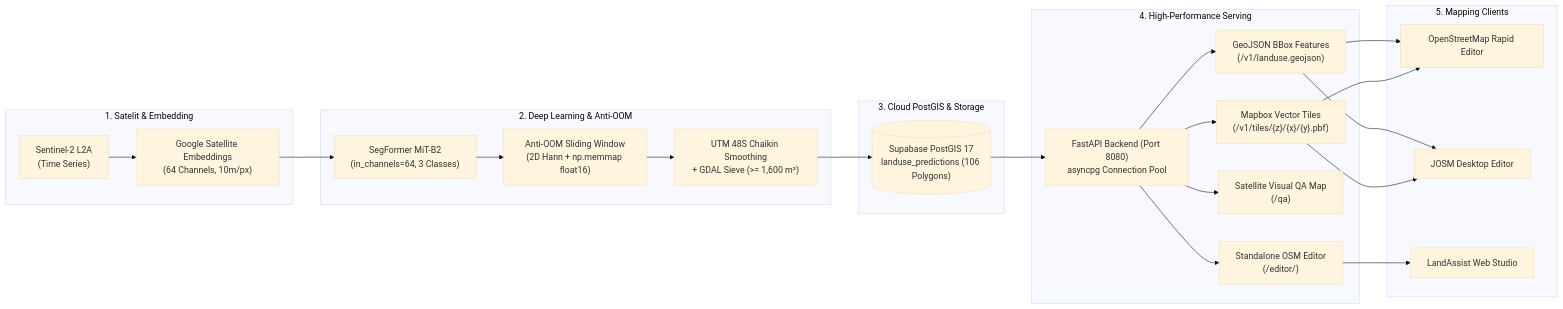
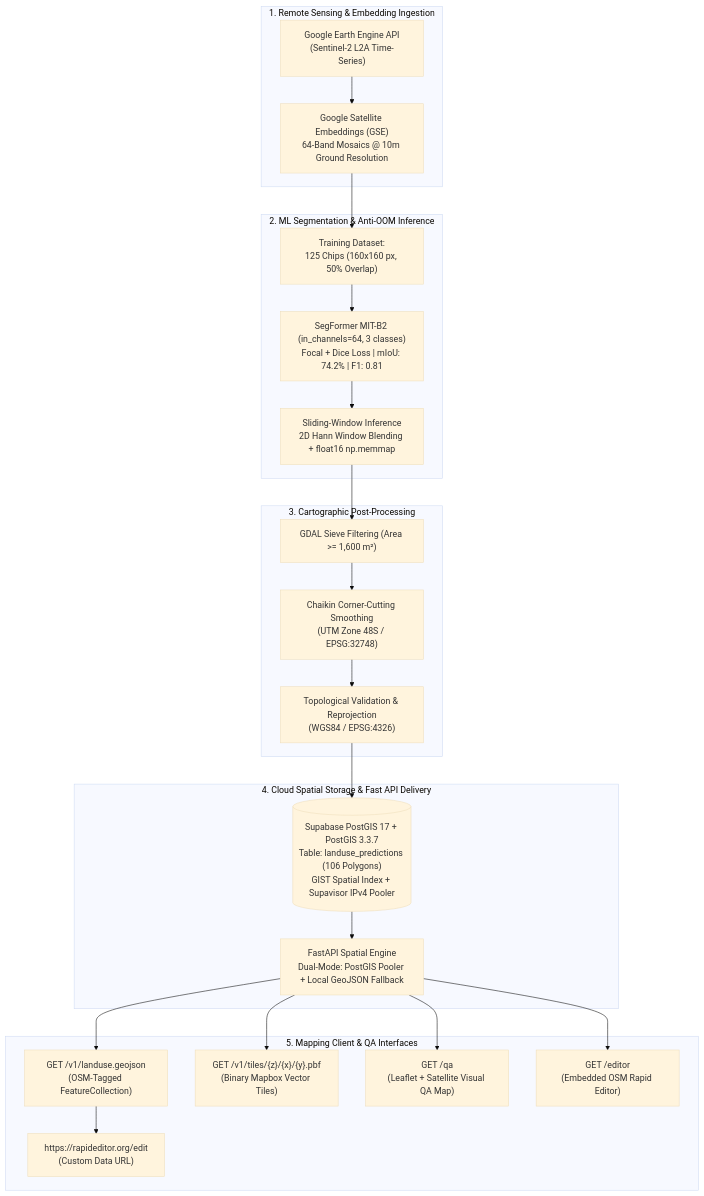
The diagram in README.md (Anovvy/LandAssist), drawn with Mermaid (base theme) before and after one commit. The commit also changed other lines of this file and 4 other files, not shown here.

Commit message:
docs(readme): polish architecture matrix and standardize all documentation and code to english

````diff
--- a/README.md
+++ b/README.md
@@ -33,30 +37,31 @@
 ```mermaid
-flowchart LR
-    subgraph Data["1. Satelit & Embedding"]
-        S2["Sentinel-2 L2A\n(Time Series)"] --> GSE["Google Satellite Embeddings\n(64 Channels, 10m/px)"]
+flowchart TD
+    subgraph Ingestion["1. Remote Sensing & Embedding Ingestion"]
+        GEE["Google Earth Engine API\n(Sentinel-2 L2A Time-Series)"] --> GSE["Google Satellite Embeddings (GSE)\n64-Band Mosaics @ 10m Ground Resolution"]
     end
 
-    subgraph ML["2. Deep Learning & Anti-OOM"]
-        GSE --> Seg["SegFormer MiT-B2\n(in_channels=64, 3 Classes)"]
-        Seg --> Hann["Anti-OOM Sliding Window\n(2D Hann + np.memmap float16)"]
-        Hann --> Smooth["UTM 48S Chaikin Smoothing\n+ GDAL Sieve (>= 1,600 m²)"]
+    subgraph DeepLearning["2. ML Segmentation & Anti-OOM Inference"]
+        GSE --> DS["Training Dataset:\n125 Chips (160x160 px, 50% Overlap)"]
+        DS --> SegFormer["SegFormer MIT-B2 (in_channels=64, 3 classes)\nFocal + Dice Loss | mIoU: 74.2% | F1: 0.81"]
+        SegFormer --> Infer["Sliding-Window Inference\n2D Hann Window Blending + float16 np.memmap"]
     end
 
-    subgraph DB["3. Cloud PostGIS & Storage"]
-        Smooth --> Supa[("Supabase PostGIS 17\nlanduse_predictions (106 Polygons)")]
+    subgraph Vectorization["3. Cartographic Post-Processing"]
+        Infer --> Sieve["GDAL Sieve Filtering (Area >= 1,600 m²)"]
+        Sieve --> Chaikin["Chaikin Corner-Cutting Smoothing\n(UTM Zone 48S / EPSG:32748)"]
+        Chaikin --> Reproject["Topological Validation & Reprojection\n(WGS84 / EPSG:4326)"]
     end
 
-    subgraph API["4. High-Performance Serving"]
-        Supa --> Fast["FastAPI Backend (Port 8080)\nasyncpg Connection Pool"]
-        Fast --> MVT["Mapbox Vector Tiles\n(/v1/tiles/{z}/{x}/{y}.pbf)"]
-        Fast --> Geo["GeoJSON BBox Features\n(/v1/landuse.geojson)"]
-        Fast --> QA["Satellite Visual QA Map\n(/qa)"]
-        Fast --> Edit["Standalone OSM Editor\n(/editor/)"]
+    subgraph DataLayer["4. Cloud Spatial Storage & Fast API Delivery"]
+        Reproject --> DB[("Supabase PostGIS 17 + PostGIS 3.3.7\nTable: landuse_predictions (106 Polygons)\nGIST Spatial Index + Supavisor IPv4 Pooler")]
+        DB --> API["FastAPI Spatial Engine\nDual-Mode: PostGIS Pooler + Local GeoJSON Fallback"]
     end
 
-    subgraph Client["5. Mapping Clients"]
-        Geo & MVT --> Rapid["OpenStreetMap Rapid Editor"]
-        Geo & MVT --> JOSM["JOSM Desktop Editor"]
-        Edit --> Studio["LandAssist Web Studio"]
+    subgraph Presentation["5. Mapping Client & QA Interfaces"]
+        API --> GeoJSON["GET /v1/landuse.geojson\n(OSM-Tagged FeatureCollection)"]
+        API --> MVT["GET /v1/tiles/{z}/{x}/{y}.pbf\n(Binary Mapbox Vector Tiles)"]
+        API --> QA["GET /qa\n(Leaflet + Satellite Visual QA Map)"]
+        API --> BuiltInEditor["GET /editor\n(Embedded OSM Rapid Editor)"]
+        GeoJSON --> PublicRapid["https://rapideditor.org/edit\n(Custom Data URL)"]
     end
 ```
````
